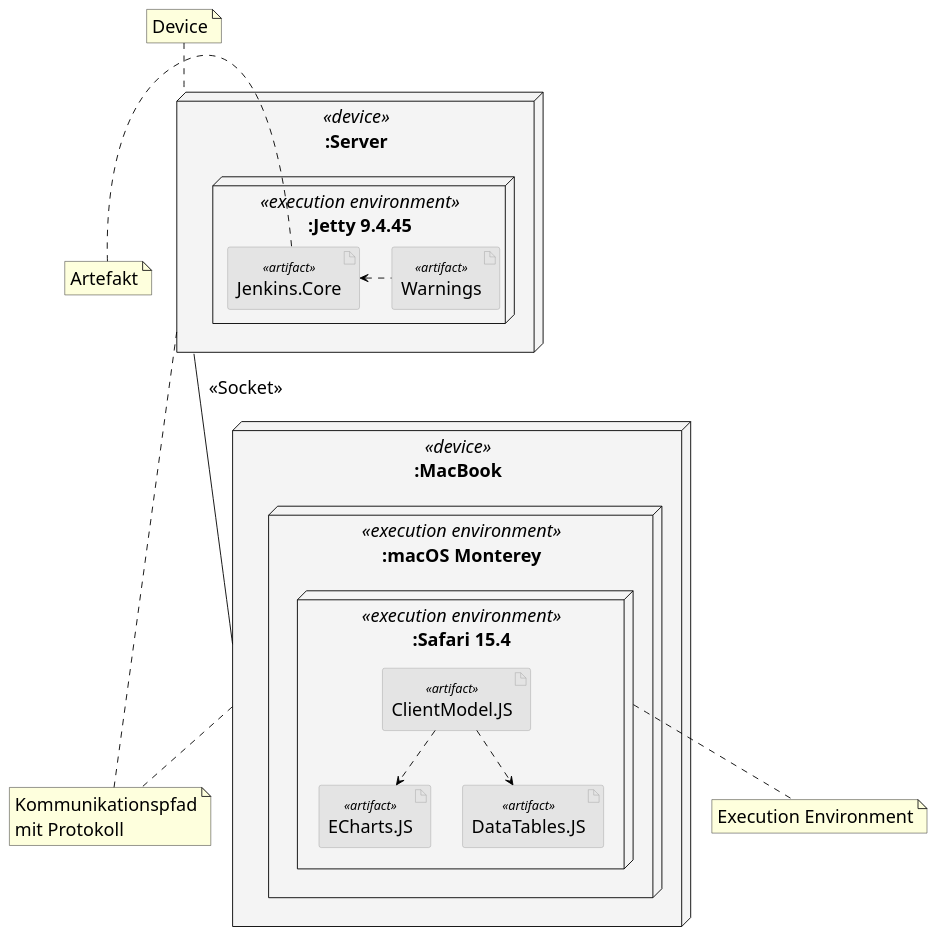
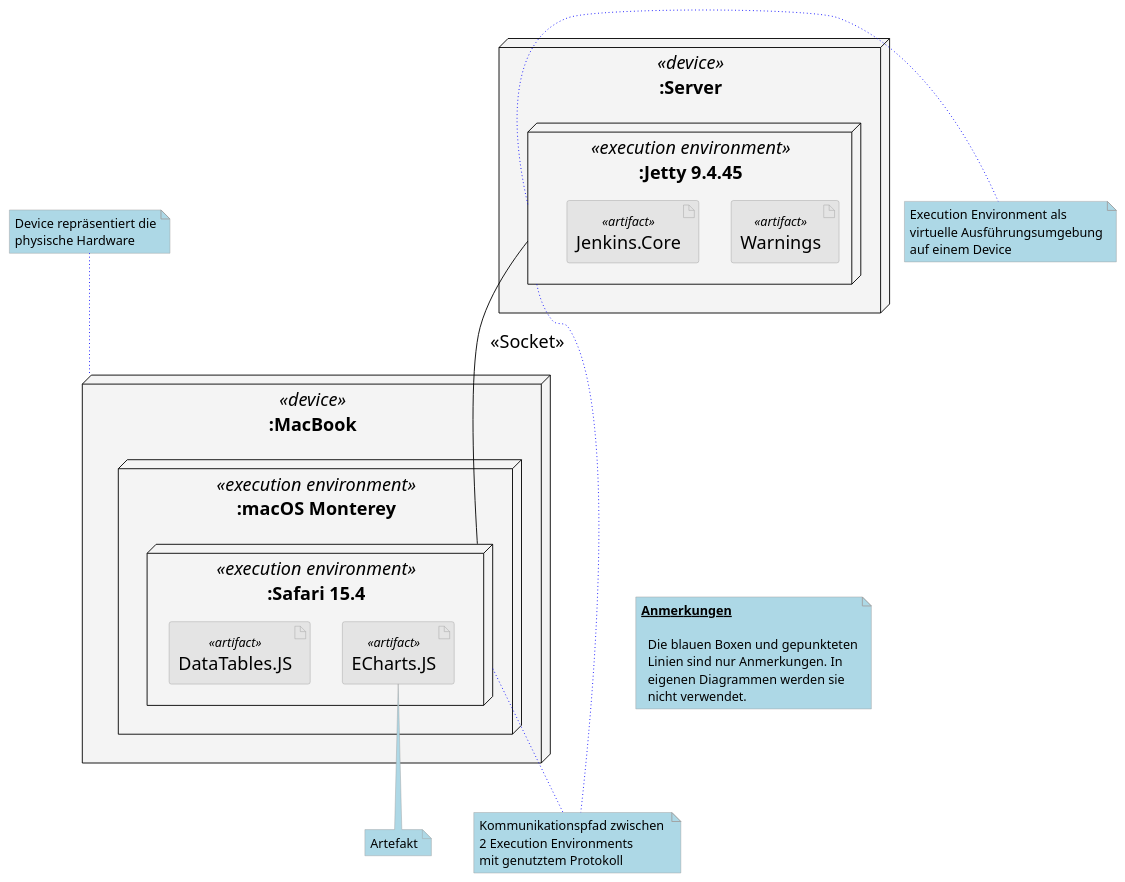
One commit to uhafner/codingstyle changed the diagram in doc/uml/deployment-diagram.puml. Above: the diagram before and after it, drawn with PlantUML. The commit also changed 3 other files, not shown here.

```diff
--- a/doc/uml/deployment-diagram.puml
+++ b/doc/uml/deployment-diagram.puml
@@ -1,67 +1,80 @@
 @startuml
 
 skinparam componentStyle uml2
 skinparam FontName Arial Black
 skinparam classFontName Arial
 skinparam classAttributeIconSize 0
 skinparam defaultFontSize 20
 skinparam classFontSize 24
 skinparam componentStyle uml2
 skinparam ArrowColor black
 
 skinparam node {
   BackgroundColor #f4f4f4
   BorderColor #a0a0a0
   BackgroundColor<<Main>> gold
   BorderColor black
 }
 
 skinparam artifact {
   BackgroundColor #e4e4e4
   BorderColor #a0a0a0
   ArrowColor black
   FontName Arial Unicode MS
   FontSize 20
   StereotypeFontSize 14
 }
 
-node ":MacBook" <<device>> {
+skinparam note {
+  BackgroundColor LightBlue
+  BorderColor #a0a0a0
+  FontName Arial
+  FontSize 14
+  FontColor black
+  RoundCorner 15
+  LineType solid
+}
+
+node ":MacBook" <<device>> as macbook {
     node ":macOS Monterey" <<execution environment>>  {
-        node ":Safari 15.4" <<execution environment>>  {
+        node ":Safari 15.4" <<execution environment>> as browser {
             artifact ECharts.JS <<artifact>> as EI
             artifact DataTables.JS <<artifact>> as DI
-            artifact ClientModel.JS <<artifact>> as P
         }
     }
 }
 
-
-P ..> EI
-P ..> DI
-
-node ":Server" <<device>> {
-    node ":Jetty 9.4.45" <<execution environment>>  {
+node ":Server" <<device>> as server {
+    node ":Jetty 9.4.45" <<execution environment>> as jetty  {
         artifact Warnings <<artifact>> as W
         artifact Jenkins.Core <<artifact>> as C
     }
 }
 
-C <. W
-
-":Server" -down- ":MacBook" : "  <<Socket>>"
+jetty -down- browser : "  <<Socket>>"
 
 note "Artefakt" as artifact
-note "Kommunikationspfad\nmit Protokoll" as channel
-note "Device" as device
-note "Execution Environment" as env
+note "Kommunikationspfad zwischen \n2 Execution Environments\nmit genutztem Protokoll" as channel
+note "Device repräsentiert die\nphysische Hardware" as device
+note "Execution Environment als\nvirtuelle Ausführungsumgebung\nauf einem Device" as env
 
-":Server" .up. device
-":Safari 15.4" .down. env
+macbook .up[#blue,dotted]. device
+jetty .right[#blue,dotted]. env
 
-":Server" .. channel
-":MacBook" .. channel
+jetty .[#blue,dotted]. channel
+browser .[#blue,dotted]. channel
 
-C .left. artifact
+EI .down. artifact
 
+note as notes
+  <u><b>Anmerkungen</b></u>
+
+    Die blauen Boxen und gepunkteten
+    Linien sind nur Anmerkungen. In
+    eigenen Diagrammen werden sie
+    nicht verwendet.
+end note
+
+notes .[hidden]left. macbook
 
 @enduml
```
